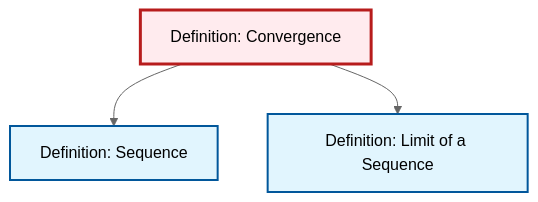
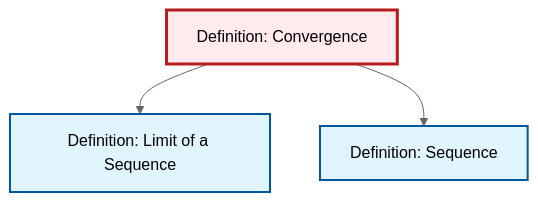
One commit to RK0429/ModernMath changed the diagram in content/ja/analysis/def-convergence.qmd. Above: the diagram before and after it, drawn with Mermaid (neutral theme). The commit also changed other lines of this file and 417 other files, not shown here.

````diff
--- a/content/ja/analysis/def-convergence.qmd
+++ b/content/ja/analysis/def-convergence.qmd
@@ -77,17 +77,17 @@
 ```{mermaid}
 %%| fig-cap: "Local dependency graph"
 graph TD
     classDef definition fill:#e1f5fe,stroke:#01579b,stroke-width:2px
     classDef theorem fill:#f3e5f5,stroke:#4a148c,stroke-width:2px
     classDef axiom fill:#fff3e0,stroke:#e65100,stroke-width:2px
     classDef example fill:#e8f5e9,stroke:#1b5e20,stroke-width:2px
     classDef current fill:#ffebee,stroke:#b71c1c,stroke-width:3px
     def-sequence["Definition: Sequence"]:::definition
     def-convergence["Definition: Convergence"]:::definition
     def-limit["Definition: Limit of a Sequence"]:::definition
+    def-convergence --> def-limit
     def-convergence --> def-sequence
-    def-convergence --> def-limit
     class def-convergence current
     click def-sequence "def-sequence.html" "Definition: Sequenceへ"
     click def-limit "def-limit.html" "Definition: Limit of a Sequenceへ"
 ```
````
